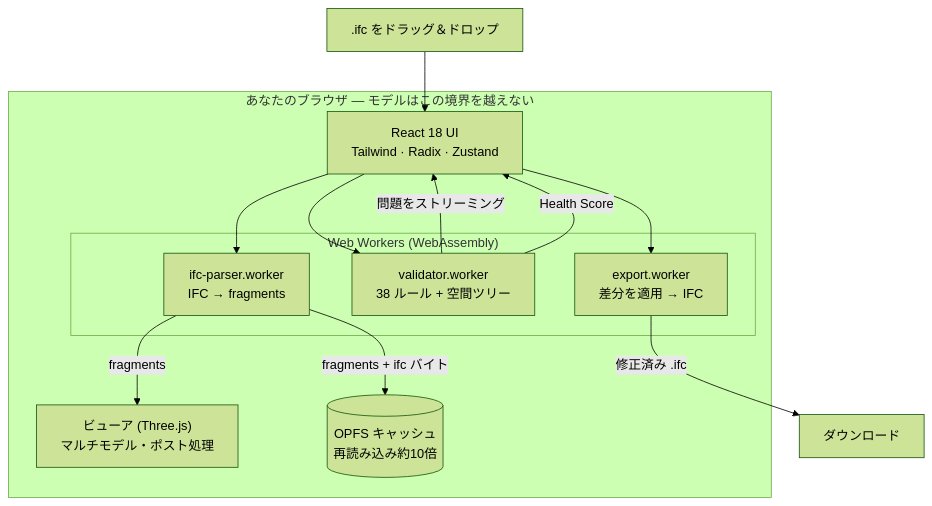
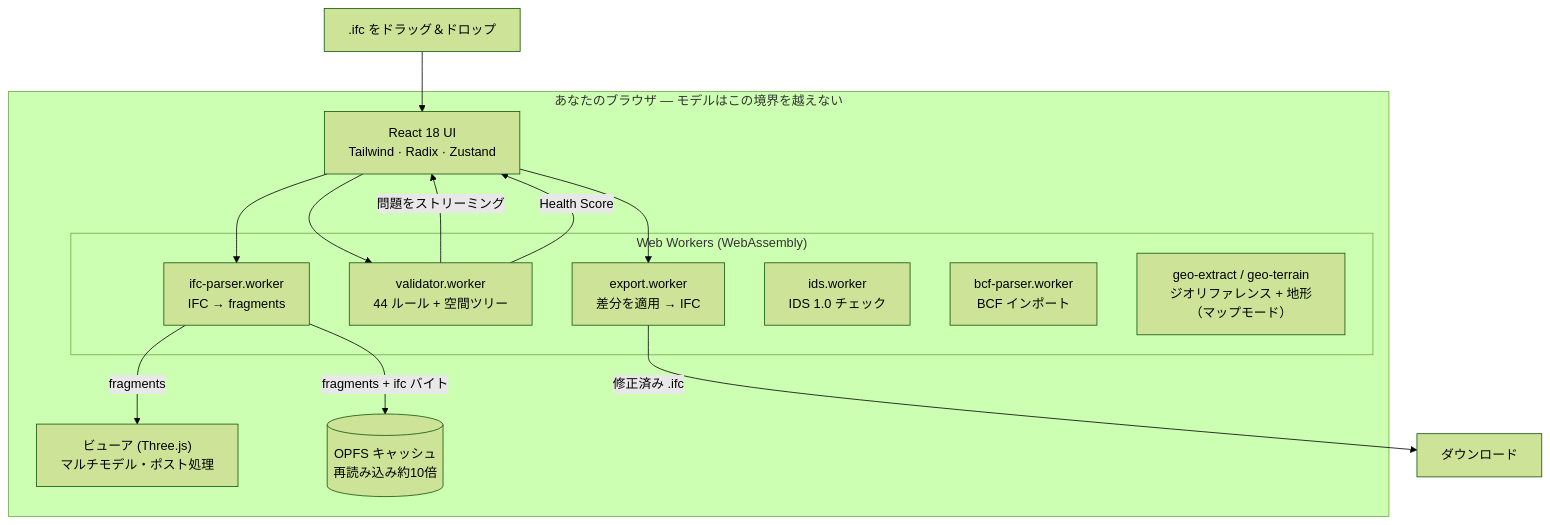
One commit to j03rul4nd/ifc-viewer-online changed the second of 2 diagrams in README.ja.md. Above: the diagram before and after it, drawn with Mermaid (forest theme). The commit also changed other lines of this file and 24 other files, not shown here.

````diff
--- a/README.ja.md
+++ b/README.ja.md
@@ -147,24 +149,27 @@
 ```mermaid
 flowchart TD
     subgraph BROWSER["あなたのブラウザ — モデルはこの境界を越えない"]
         UI["React 18 UI<br/>Tailwind · Radix · Zustand"]
         VIEWER["ビューア (Three.js)<br/>マルチモデル・ポスト処理"]
         CACHE[("OPFS キャッシュ<br/>再読み込み約10倍")]
 
         subgraph WORKERS["Web Workers (WebAssembly)"]
             PARSE["ifc-parser.worker<br/>IFC → fragments"]
-            VALID["validator.worker<br/>38 ルール + 空間ツリー"]
+            VALID["validator.worker<br/>44 ルール + 空間ツリー"]
             EXPORT["export.worker<br/>差分を適用 → IFC"]
+            IDS["ids.worker<br/>IDS 1.0 チェック"]
+            BCF["bcf-parser.worker<br/>BCF インポート"]
+            GEO["geo-extract / geo-terrain<br/>ジオリファレンス + 地形（マップモード）"]
         end
     end
 
     FILE[".ifc をドラッグ＆ドロップ"] --> UI
     UI --> PARSE
     PARSE -->|fragments| VIEWER
     PARSE -->|fragments + ifc バイト| CACHE
     UI --> VALID
     VALID -->|問題をストリーミング| UI
     VALID -->|Health Score| UI
     UI --> EXPORT
     EXPORT -->|修正済み .ifc| DL["ダウンロード"]
 ```
````
